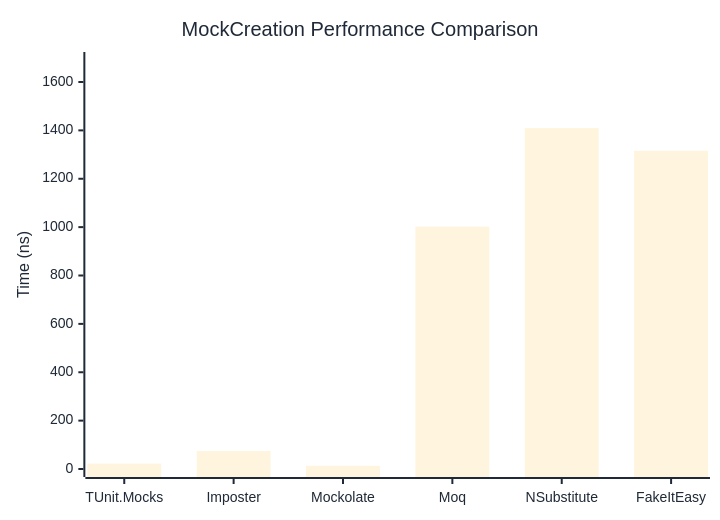
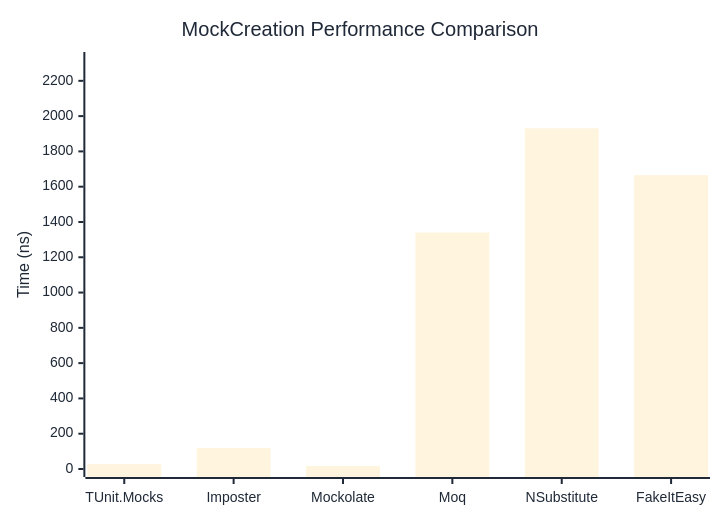
The first of 2 diagrams in docs/docs/benchmarks/mocks/MockCreation.md (thomhurst/TUnit), drawn with Mermaid before and after one commit. The commit also changed other lines of this file and 14 other files, not shown here.

````diff
--- a/docs/docs/benchmarks/mocks/MockCreation.md
+++ b/docs/docs/benchmarks/mocks/MockCreation.md
@@ -30,27 +30,27 @@
 ```mermaid
 %%{init: {
   'theme':'base',
   'themeVariables': {
     'primaryColor': '#2563eb',
     'primaryTextColor': '#1f2937',
     'primaryBorderColor': '#1e40af',
     'lineColor': '#6b7280',
     'secondaryColor': '#7c3aed',
     'tertiaryColor': '#dc2626',
     'background': '#ffffff',
     'pie1': '#2563eb',
     'pie2': '#7c3aed',
     'pie3': '#dc2626',
     'pie4': '#f59e0b',
     'pie5': '#10b981',
     'pie6': '#06b6d4',
     'pie7': '#ec4899',
     'pie8': '#6366f1'
   }
 }}%%
 xychart-beta
   title "MockCreation Performance Comparison"
   x-axis ["TUnit.Mocks", "Imposter", "Mockolate", "Moq", "NSubstitute", "FakeItEasy"]
-  y-axis "Time (ns)" 0 --> 1691
-  bar [22.14, 74.33, 13.34, 1001.91, 1409.14, 1315.68]
+  y-axis "Time (ns)" 0 --> 2318
+  bar [27.46, 118.83, 17.01, 1340.32, 1931.06, 1665.47]
 ```
````
